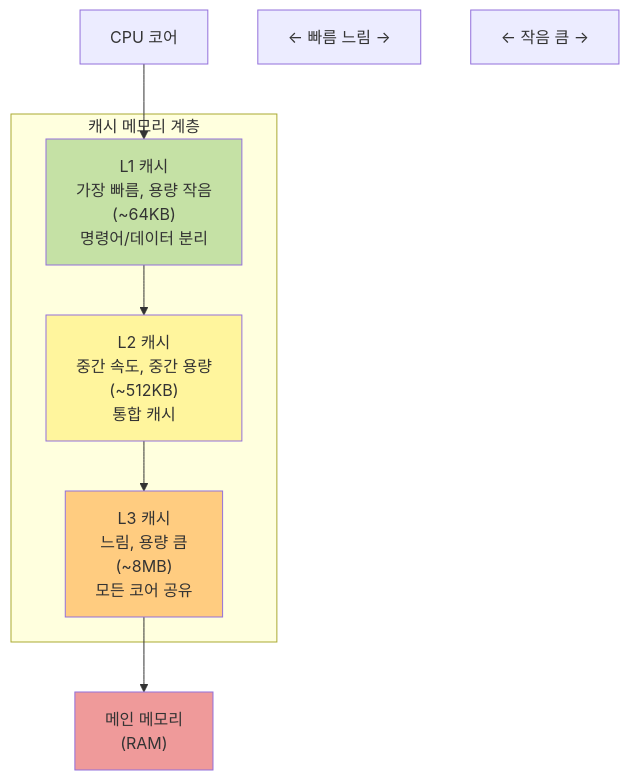
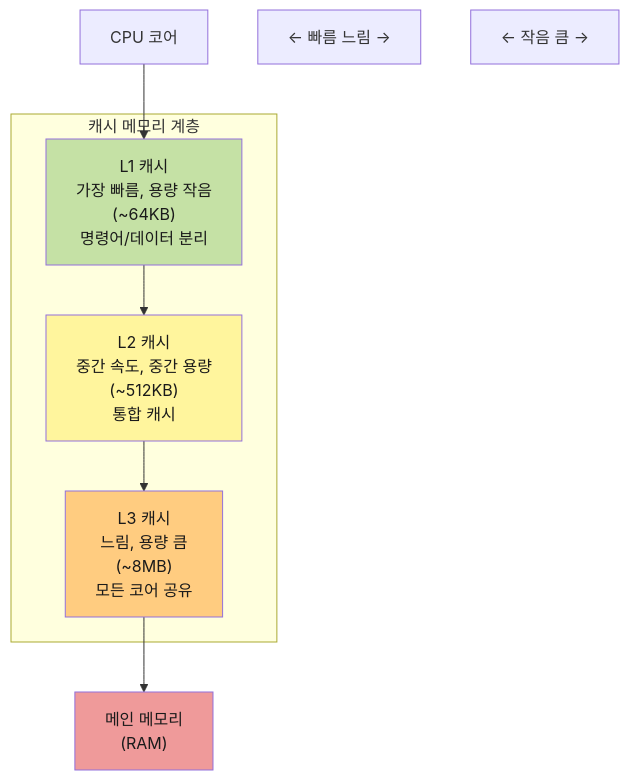
Before and after one commit to Cllaude99/cllaude99_labs: the sixth of 9 diagrams in apps/devblog/content/posts/computer-architecture.mdx, drawn with Mermaid. The commit also changed other lines of this file, not shown here.

Commit message:
fix: 컴퓨터 구조 글의 머메이드 다이어그램에 다크 모드 텍스트 색상 추가                                                           - 모든 다이어그램 style 정의에color:#1a1a1a 속성을 추가하여 다크 모드에서 글씨가 보이지 않는 문제를 수정했습니다.

````diff
--- a/apps/devblog/content/posts/computer-architecture.mdx
+++ b/apps/devblog/content/posts/computer-architecture.mdx
@@ -213,21 +213,21 @@
 ```mermaid
 graph TB
     subgraph Cache["캐시 메모리 계층"]
         L1["L1 캐시<br/>가장 빠름, 용량 작음<br/>(~64KB)<br/>명령어/데이터 분리"]
         L2["L2 캐시<br/>중간 속도, 중간 용량<br/>(~512KB)<br/>통합 캐시"]
         L3["L3 캐시<br/>느림, 용량 큼<br/>(~8MB)<br/>모든 코어 공유"]
     end
 
     CPU["CPU 코어"] --> L1
     L1 --> L2
     L2 --> L3
     L3 --> RAM["메인 메모리<br/>(RAM)"]
 
     Speed["← 빠름                느림 →"]
     Size["← 작음                큼 →"]
 
-    style L1 fill:#c5e1a5
-    style L2 fill:#fff59d
-    style L3 fill:#ffcc80
-    style RAM fill:#ef9a9a
+    style L1 fill:#c5e1a5,color:#1a1a1a
+    style L2 fill:#fff59d,color:#1a1a1a
+    style L3 fill:#ffcc80,color:#1a1a1a
+    style RAM fill:#ef9a9a,color:#1a1a1a
 ```
````
